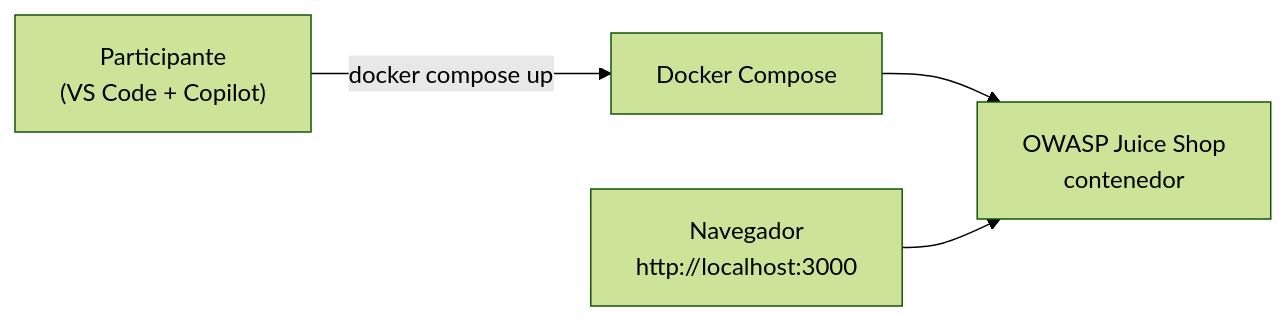
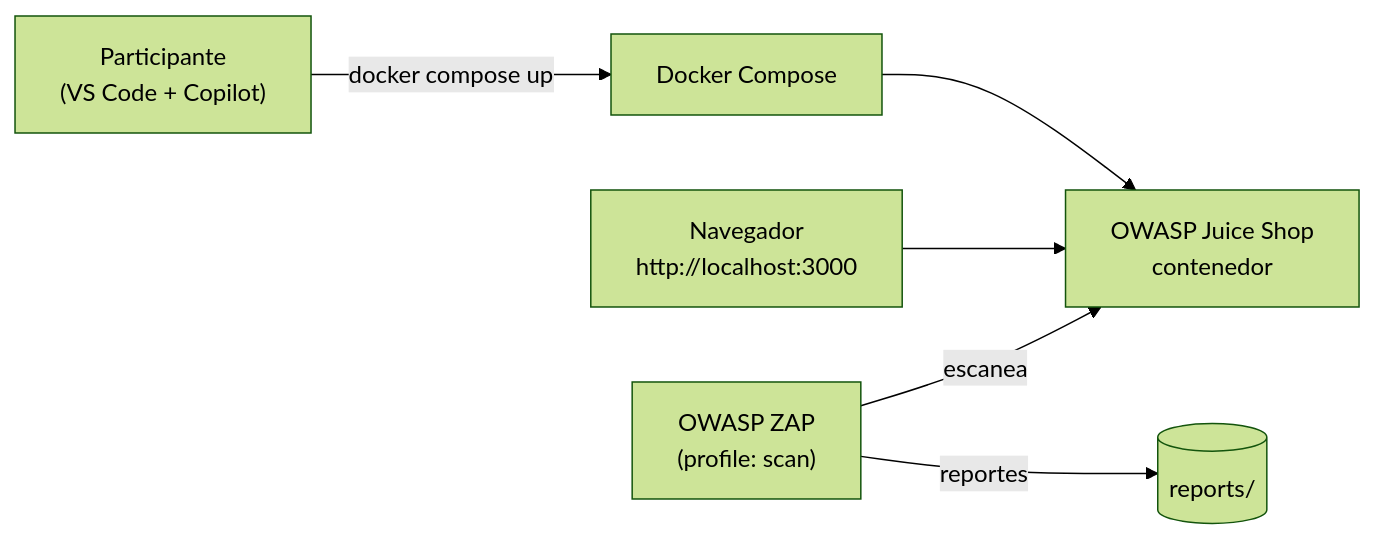
Before and after one commit to raven-operations/copilot-dast-workshop: the diagram in README.md, drawn with Mermaid (forest theme). The commit also changed other lines of this file and 9 other files, not shown here.

Commit message:
feat: add DAST scanning capabilities with OWASP ZAP and update documentation

````diff
--- a/README.md
+++ b/README.md
@@ -44,6 +44,8 @@
 ```mermaid
 flowchart LR
     Dev["Participante<br/>(VS Code + Copilot)"] -->|docker compose up| Compose["Docker Compose"]
     Compose --> Juice["OWASP Juice Shop<br/>contenedor"]
     Browser["Navegador<br/>http://localhost:3000"] --> Juice
+    ZAP["OWASP ZAP<br/>(profile: scan)"] -->|escanea| Juice
+    ZAP -->|reportes| Reports[("reports/")]
 ```
````
